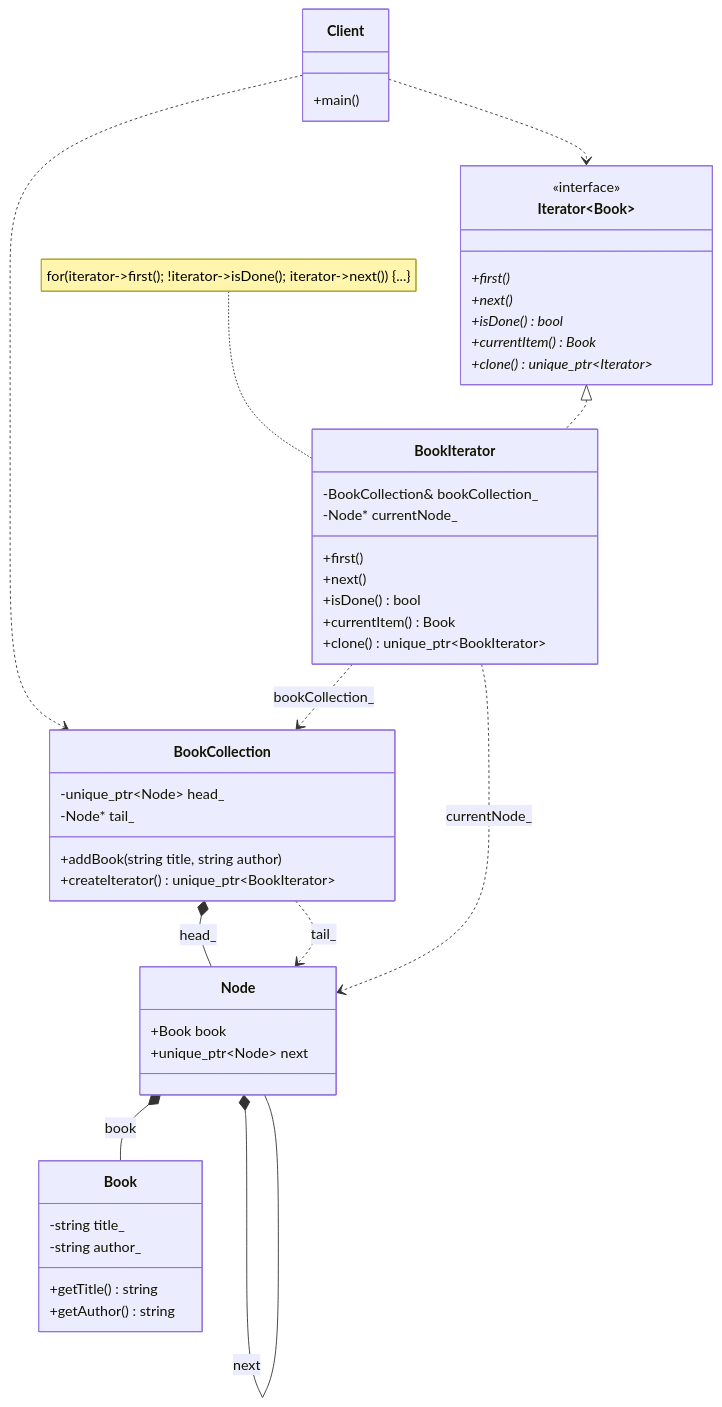
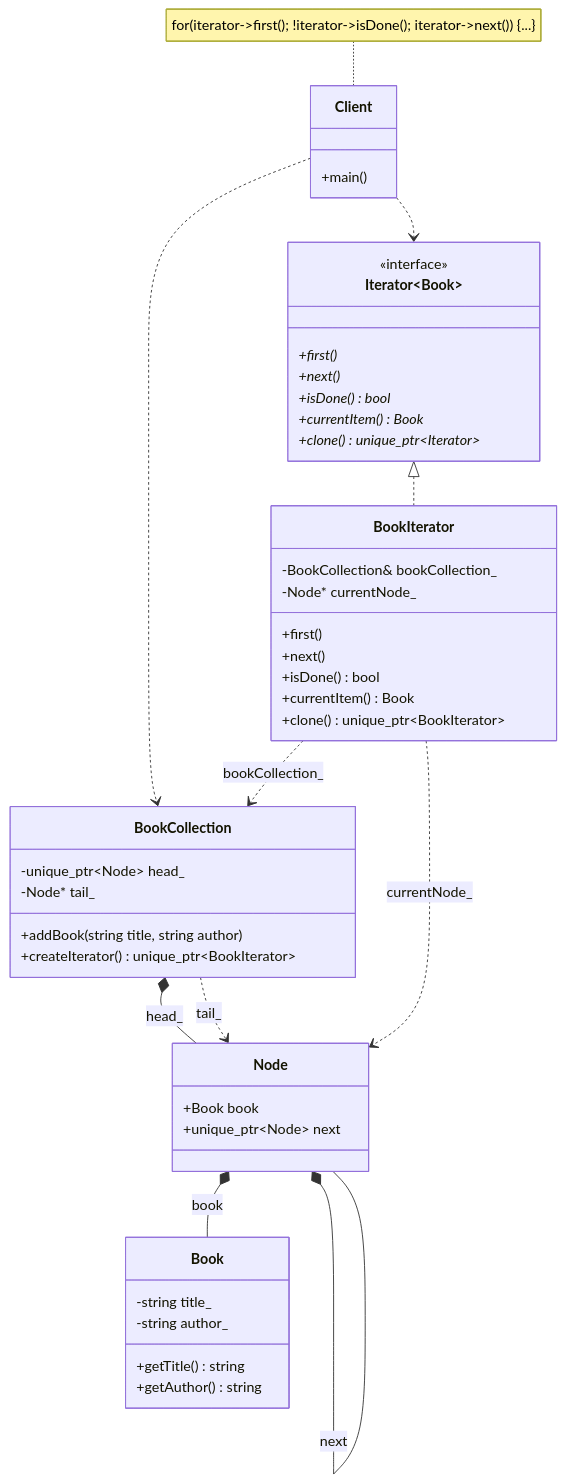
The diagram in 21_Iterator/Iterator_GoF/diagram.md (Cichlidfishexigency721/Modern-CPP-Design-Patterns), drawn with Mermaid before and after one commit. The commit also changed 1 other file, not shown here.

Commit message:
Improvement in UML

````diff
--- a/21_Iterator/Iterator_GoF/diagram.md
+++ b/21_Iterator/Iterator_GoF/diagram.md
@@ -3,59 +3,59 @@
 ```mermaid
 classDiagram
     class Book {
         -string title_
         -string author_
         +getTitle() string
         +getAuthor() string
     }
 
     class Iterator~Book~ {
         <<interface>>
         +first()*
         +next()*
         +isDone()* bool
         +currentItem()* Book
         +clone()* unique_ptr~Iterator~
     }
 
     class Node {
         +Book book
         +unique_ptr~Node~ next
     }
 
     class BookCollection {
         -unique_ptr~Node~ head_
         -Node* tail_
         +addBook(string title, string author)
         +createIterator() unique_ptr~BookIterator~
     }
 
     class BookIterator {
         -BookCollection& bookCollection_
         -Node* currentNode_
         +first()
         +next()
         +isDone() bool
         +currentItem() Book
         +clone() unique_ptr~BookIterator~
     }
 
     class Client {
         +main()
     }
 
-    note for BookIterator "for(iterator->first(); !iterator->isDone(); iterator->next()) {...}"
+    note for Client "for(iterator->first(); !iterator->isDone(); iterator->next()) {...}"
 
     Iterator~Book~ <|.. BookIterator
 
     BookCollection *-- Node : head_
     BookCollection ..> Node : tail_
     Node *-- Book : book
     Node *-- Node : next
 
     BookIterator ..> BookCollection : bookCollection_
     BookIterator ..> Node : currentNode_
     
     Client ..> BookCollection
     Client ..> Iterator
 ```
````
